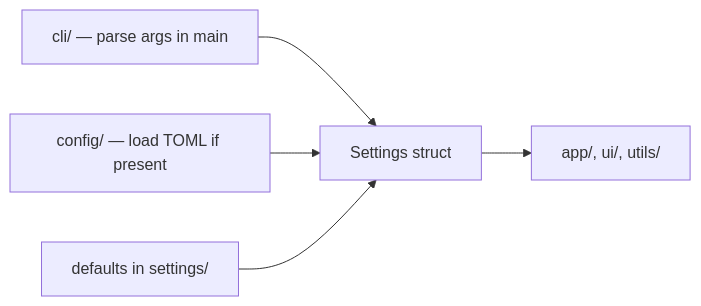
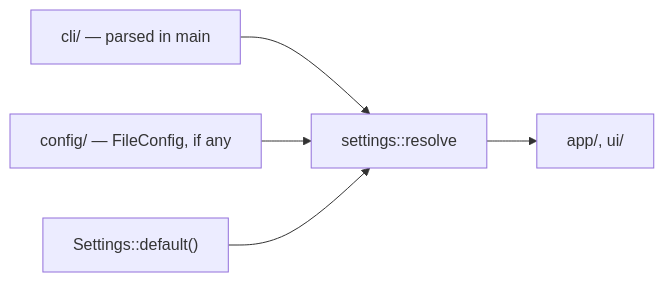
One commit to Gigas002/rust-template changed the diagram in docs/ARCHITECTURE.md. Above: the diagram before and after it, drawn with Mermaid. The commit also changed other lines of this file and 2 other files, not shown here.

First line of the commit message:
docs: architecture rules, decisions, and the README's new parts

````diff
--- a/docs/ARCHITECTURE.md
+++ b/docs/ARCHITECTURE.md
@@ -132,13 +133,7 @@
 ```mermaid
 flowchart LR
-  CLI["cli/ — parse args in main"]
-  CFG["config/ — load TOML if present"]
-  DEF["defaults in settings/"]
-  SET["Settings struct"]
-  APP["app/, ui/, utils/"]
-
-  CLI --> SET
-  CFG --> SET
-  DEF --> SET
-  SET --> APP
+  CLI["cli/ — parsed in main"] --> SET["settings::resolve"]
+  CFG["config/ — FileConfig, if any"] --> SET
+  DEF["Settings::default()"] --> SET
+  SET --> APP["app/, ui/"]
 ```
````
